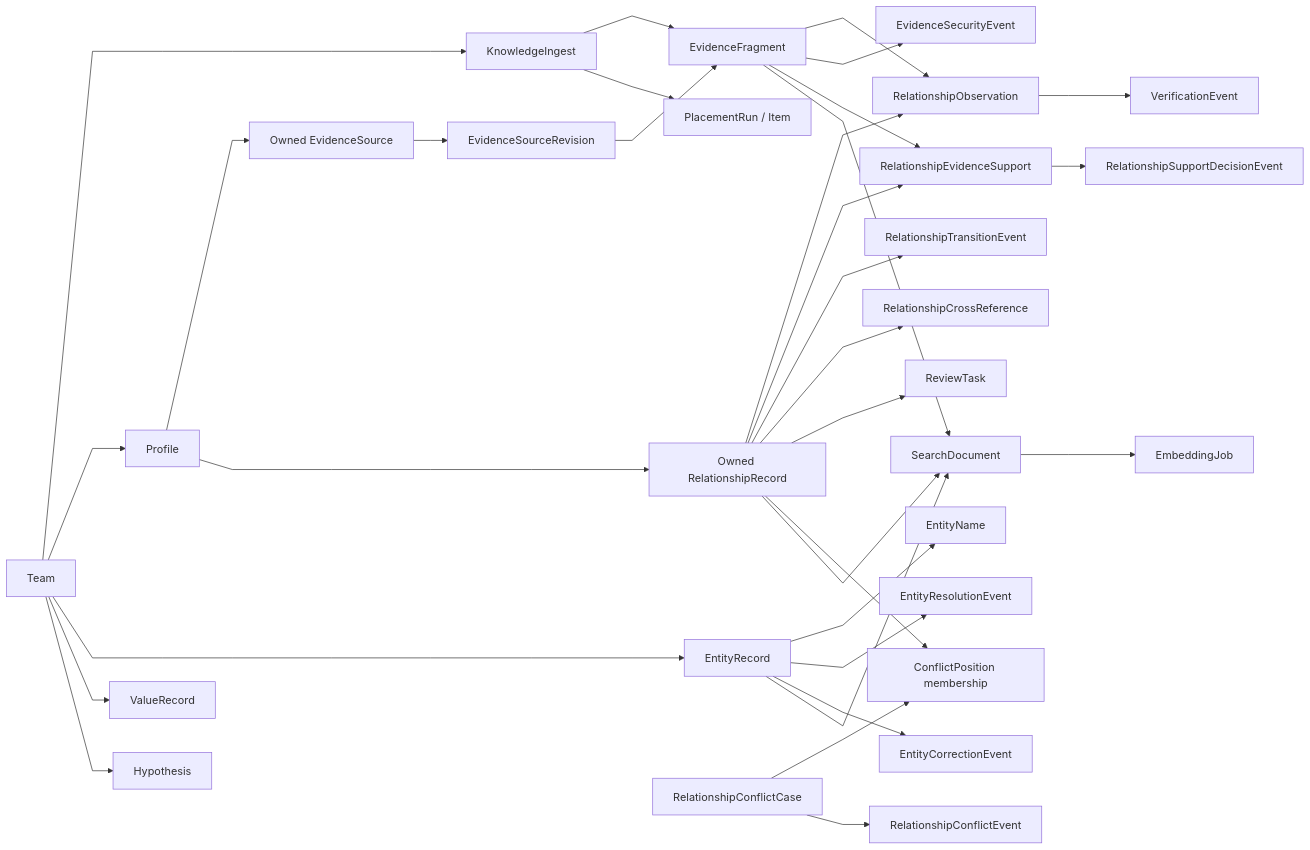
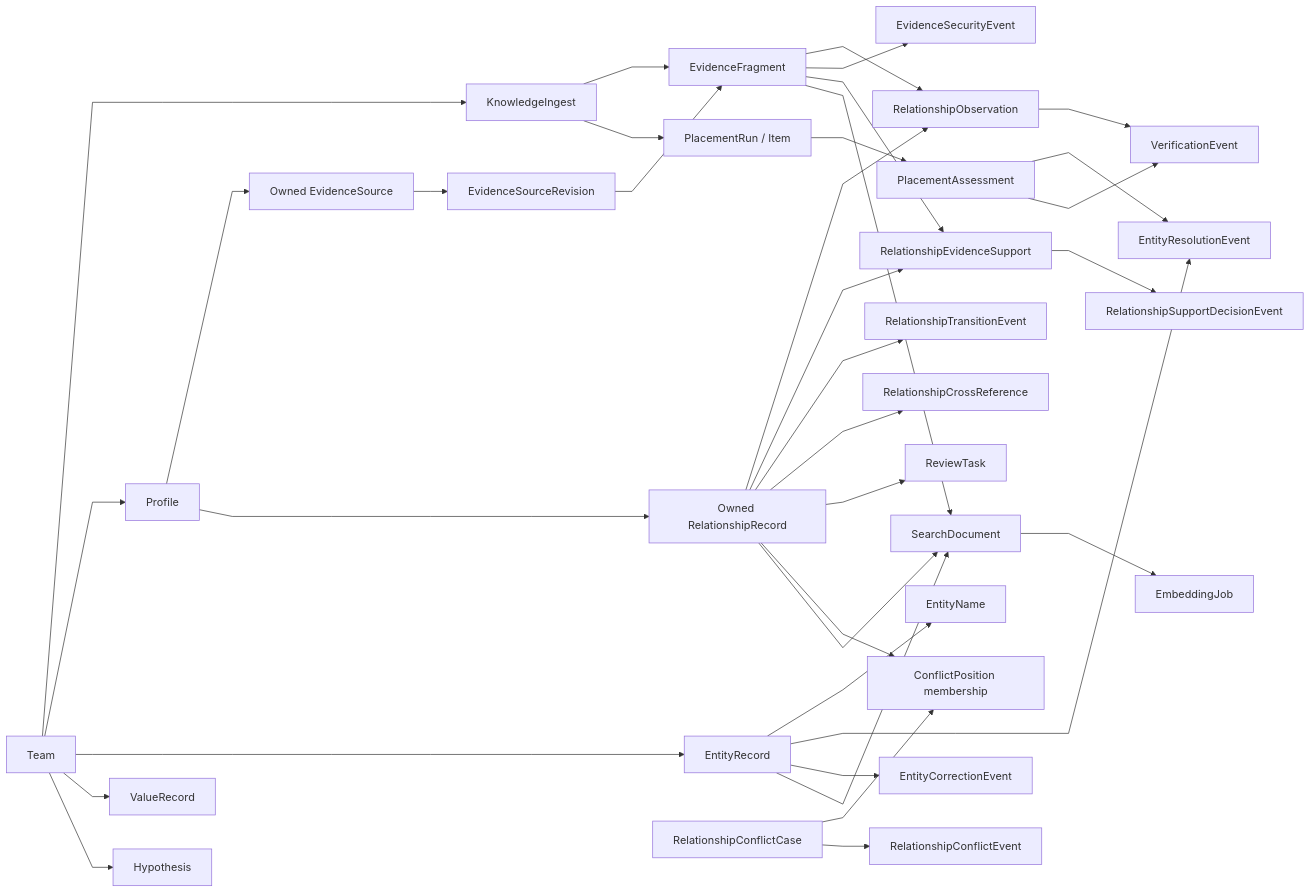
Before and after one commit to markhuangai/dense-mem: the third of 12 diagrams in Data-Model-And-Storage.md, drawn with Mermaid. The commit also changed other lines of this file and 24 other files, not shown here.

Commit message:
Document V2.4 one-call placement architecture

````diff
--- a/Data-Model-And-Storage.md
+++ b/Data-Model-And-Storage.md
@@ -64,38 +64,41 @@
 ```mermaid
 %%{init: {"flowchart": {"curve": "linear"}}}%%
 flowchart LR
   Team["Team"] --> Ingest["KnowledgeIngest"]
   Team --> Profile["Profile"]
   Profile --> Source["Owned EvidenceSource"]
   Source --> Revision["EvidenceSourceRevision"]
   Team --> Entity["EntityRecord"]
   Team --> Value["ValueRecord"]
   Profile --> Relationship["Owned RelationshipRecord"]
   Team --> Hypothesis["Hypothesis"]
 
   Ingest --> Fragment["EvidenceFragment"]
   Revision --> Fragment
   Ingest --> Placement["PlacementRun / Item"]
+  Placement --> Assessment["PlacementAssessment"]
   Entity --> Name["EntityName"]
   Entity --> Resolution["EntityResolutionEvent"]
   Entity --> Correction["EntityCorrectionEvent"]
 
   Fragment --> Observation["RelationshipObservation"]
   Fragment --> Security["EvidenceSecurityEvent"]
+  Assessment --> Resolution
+  Assessment --> Verification
   Observation --> Verification["VerificationEvent"]
   Relationship --> Observation
   Relationship --> Support["RelationshipEvidenceSupport"]
   Fragment --> Support
   Support --> SupportDecision["RelationshipSupportDecisionEvent"]
   Relationship --> Transition["RelationshipTransitionEvent"]
   Relationship --> Cross["RelationshipCrossReference"]
   Relationship --> Review["ReviewTask"]
   Relationship --> Position["ConflictPosition membership"]
   Conflict["RelationshipConflictCase"] --> Position
   Conflict --> ConflictEvent["RelationshipConflictEvent"]
 
   Entity --> Search["SearchDocument"]
   Relationship --> Search
   Fragment --> Search
   Search --> Job["EmbeddingJob"]
 ```
````
